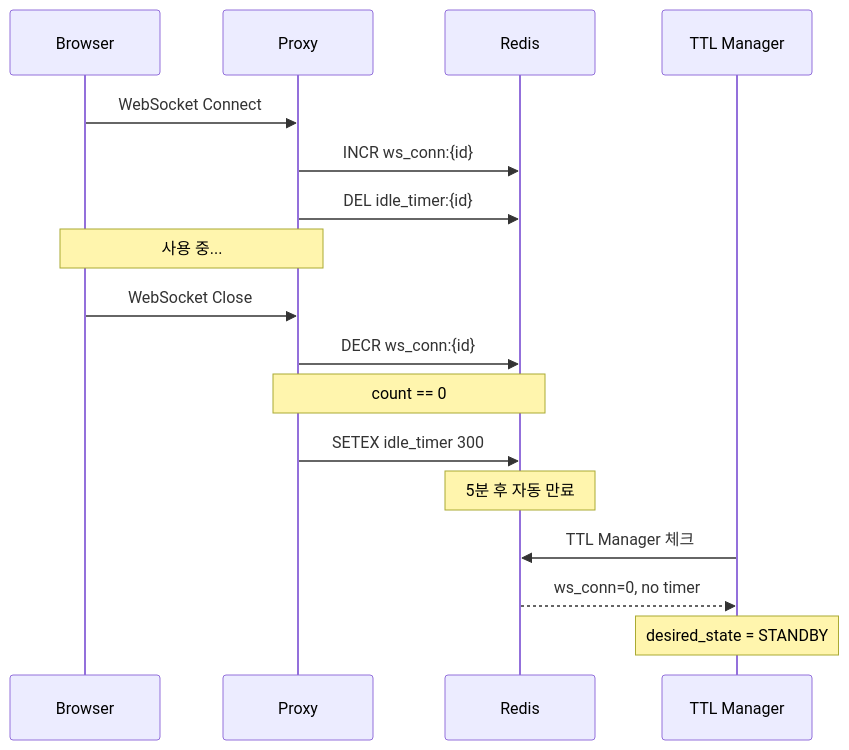
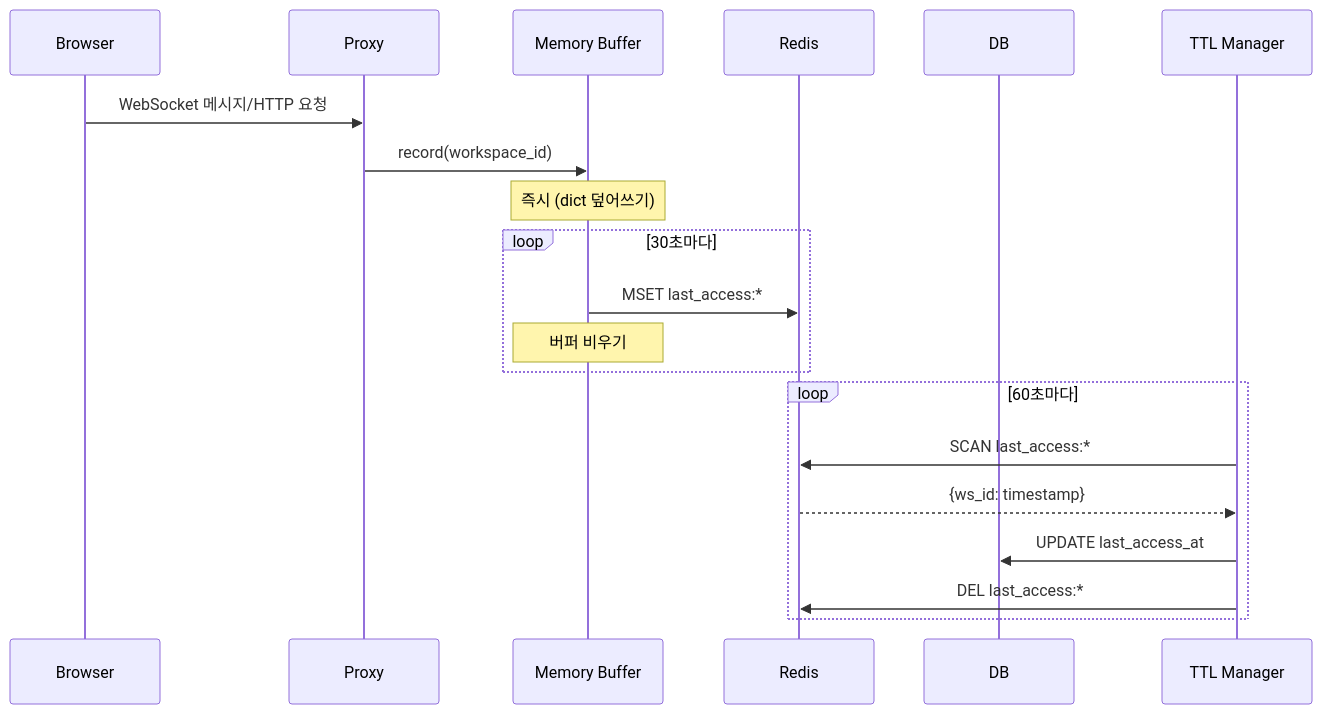
Before and after one commit to cagojeiger/code-hub: the third of 5 diagrams in docs/spec_v2/04-control-plane.md, drawn with Mermaid. The commit also changed other lines of this file and 35 other files, not shown here.

First line of the commit message:
feat(m2): add EventListener, TTL Manager, and activity tracking

````diff
--- a/docs/spec_v2/04-control-plane.md
+++ b/docs/spec_v2/04-control-plane.md
@@ -314,24 +295,25 @@
 ```mermaid
 sequenceDiagram
     participant B as Browser
     participant P as Proxy
+    participant M as Memory Buffer
     participant R as Redis
+    participant D as DB
     participant T as TTL Manager
 
-    B->>P: WebSocket Connect
-    P->>R: INCR ws_conn:{id}
-    P->>R: DEL idle_timer:{id}
+    B->>P: WebSocket 메시지/HTTP 요청
+    P->>M: record(workspace_id)
+    Note over M: 즉시 (dict 덮어쓰기)
 
-    Note over B,P: 사용 중...
+    loop 30초마다
+        M->>R: MSET last_access:*
+        Note over M: 버퍼 비우기
+    end
 
-    B->>P: WebSocket Close
-    P->>R: DECR ws_conn:{id}
-    Note over P,R: count == 0
-    P->>R: SETEX idle_timer 300
-
-    Note over R: 5분 후 자동 만료
-
-    T->>R: TTL Manager 체크
-    R-->>T: ws_conn=0, no timer
-    Note over T: desired_state = STANDBY
+    loop 60초마다
+        T->>R: SCAN last_access:*
+        R-->>T: {ws_id: timestamp}
+        T->>D: UPDATE last_access_at
+        T->>R: DEL last_access:*
+    end
 ```
````
